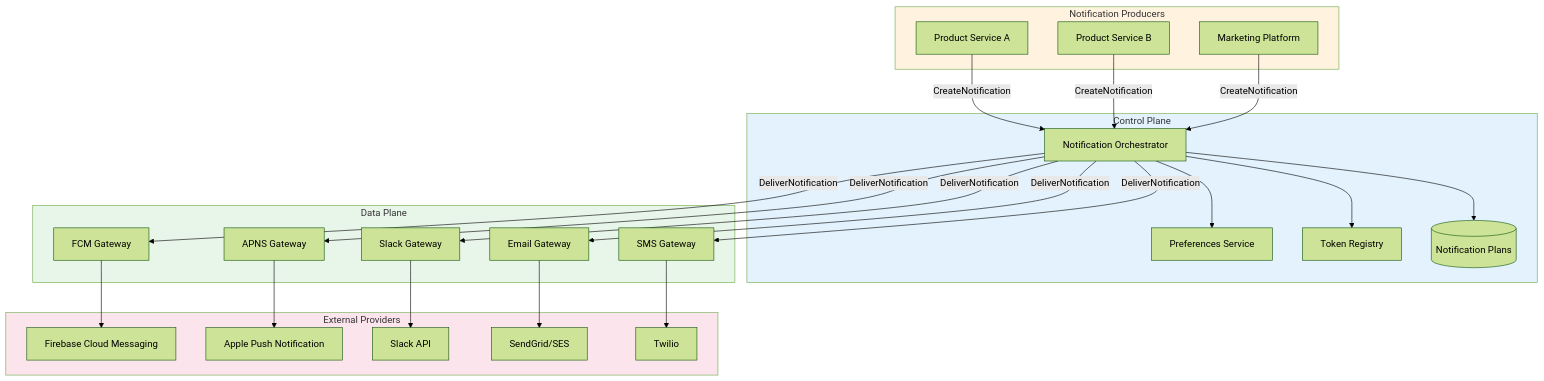
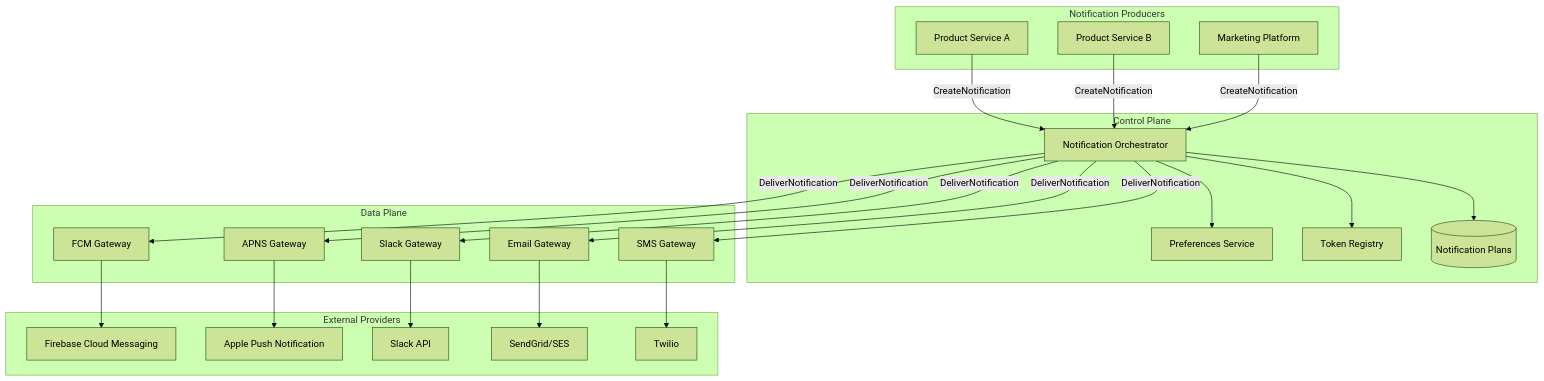
Before and after one commit to udaytamma/Cyrus: the first of 9 diagrams in gemini-responses/notification-platform-system-design-20260129-1819.md, drawn with Mermaid (forest theme). The commit also changed other lines of this file and 8 other files, not shown here.

````diff
--- a/gemini-responses/notification-platform-system-design-20260129-1819.md
+++ b/gemini-responses/notification-platform-system-design-20260129-1819.md
@@ -26,48 +44,43 @@
 ```mermaid
 flowchart TB
     subgraph Producers["Notification Producers"]
         P1[Product Service A]
         P2[Product Service B]
         P3[Marketing Platform]
     end
 
     subgraph ControlPlane["Control Plane"]
         ORCH[Notification Orchestrator]
         PREF[Preferences Service]
         TOKENS[Token Registry]
         PLAN[(Notification Plans)]
     end
 
     subgraph DataPlane["Data Plane"]
         FCM_GW[FCM Gateway]
         APNS_GW[APNS Gateway]
         SLACK_GW[Slack Gateway]
         EMAIL_GW[Email Gateway]
         SMS_GW[SMS Gateway]
     end
 
     subgraph Providers["External Providers"]
         FCM[Firebase Cloud Messaging]
         APNS[Apple Push Notification]
         SLACK[Slack API]
         EMAIL[SendGrid/SES]
         SMS[Twilio]
     end
 
     P1 & P2 & P3 -->|CreateNotification| ORCH
     ORCH --> PREF
     ORCH --> TOKENS
     ORCH --> PLAN
     ORCH -->|DeliverNotification| FCM_GW & APNS_GW & SLACK_GW & EMAIL_GW & SMS_GW
 
     FCM_GW --> FCM
     APNS_GW --> APNS
     SLACK_GW --> SLACK
     EMAIL_GW --> EMAIL
     SMS_GW --> SMS
-
-    style ControlPlane fill:#e3f2fd
-    style DataPlane fill:#e8f5e9
-    style Producers fill:#fff3e0
-    style Providers fill:#fce4ec
 ```
````
